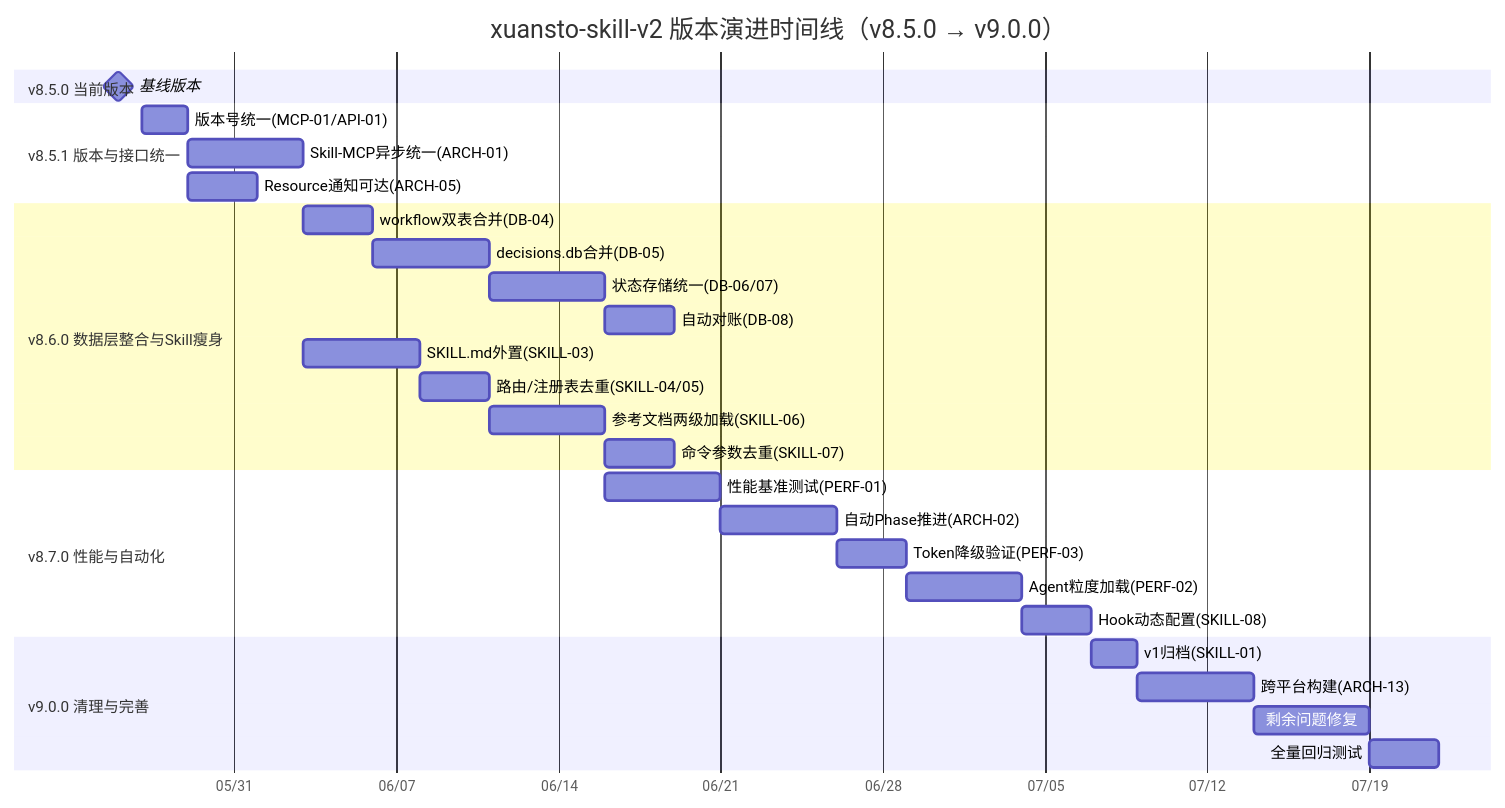
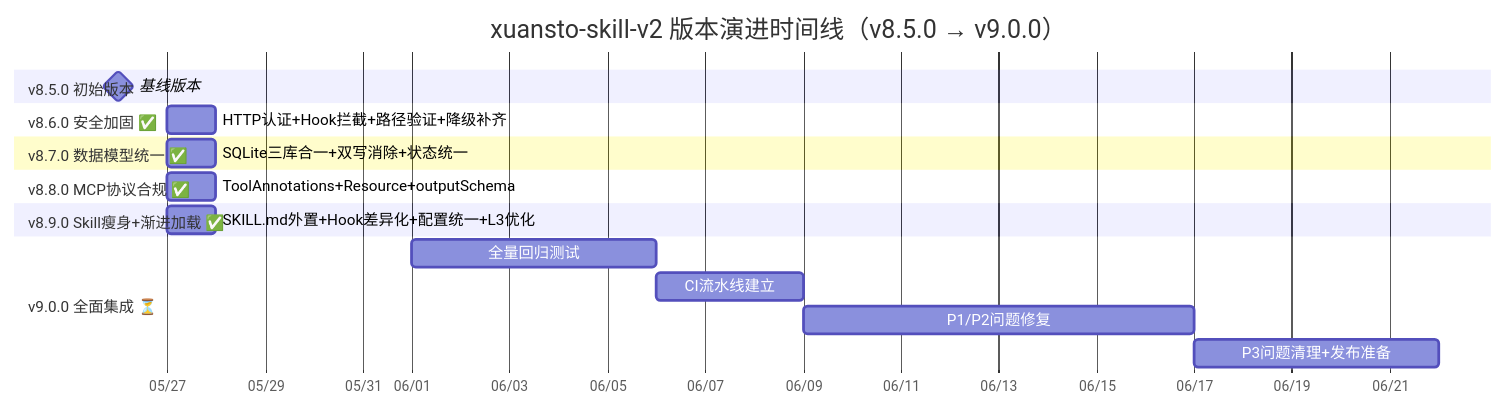
The first of 3 diagrams in docs/plan/v-l.md (xuanyuanchumo/xuansto), drawn with Mermaid before and after one commit. The commit also changed other lines of this file and 138 other files, not shown here.

````diff
--- a/docs/plan/v-l.md
+++ b/docs/plan/v-l.md
@@ -339,37 +411,27 @@
 ```mermaid
 gantt
     title xuansto-skill-v2 版本演进时间线（v8.5.0 → v9.0.0）
     dateFormat YYYY-MM-DD
     axisFormat %m/%d
 
-    section v8.5.0 当前版本
+    section v8.5.0 初始版本
     基线版本                           :milestone, m0, 2026-05-26, 0d
 
-    section v8.5.1 版本与接口统一
-    版本号统一(MCP-01/API-01)          :p1a, 2026-05-27, 2d
-    Skill-MCP异步统一(ARCH-01)         :p1b, after p1a, 5d
-    Resource通知可达(ARCH-05)           :p1c, after p1a, 3d
+    section v8.6.0 安全加固 ✅
+    HTTP认证+Hook拦截+路径验证+降级补齐  :p1, 2026-05-27, 1d
 
-    section v8.6.0 数据层整合与Skill瘦身
-    workflow双表合并(DB-04)             :p2a, after p1b, 3d
-    decisions.db合并(DB-05)             :p2b, after p2a, 5d
-    状态存储统一(DB-06/07)              :p2c, after p2b, 5d
-    自动对账(DB-08)                     :p2d, after p2c, 3d
-    SKILL.md外置(SKILL-03)              :p3a, after p1b, 5d
-    路由/注册表去重(SKILL-04/05)        :p3b, after p3a, 3d
-    参考文档两级加载(SKILL-06)           :p3c, after p3b, 5d
-    命令参数去重(SKILL-07)              :p3d, after p3c, 3d
+    section v8.7.0 数据模型统一 ✅
+    SQLite三库合一+双写消除+状态统一     :p2, 2026-05-27, 1d
 
-    section v8.7.0 性能与自动化
-    性能基准测试(PERF-01)               :p4a, after p3c, 5d
-    自动Phase推进(ARCH-02)              :p4b, after p4a, 5d
-    Token降级验证(PERF-03)              :p4c, after p4b, 3d
-    Agent粒度加载(PERF-02)              :p4d, after p4c, 5d
-    Hook动态配置(SKILL-08)              :p4e, after p4d, 3d
+    section v8.8.0 MCP协议合规 ✅
+    ToolAnnotations+Resource+outputSchema :p3, 2026-05-27, 1d
 
-    section v9.0.0 清理与完善
-    v1归档(SKILL-01)                    :p5a, after p4e, 2d
-    跨平台构建(ARCH-13)                 :p5b, after p5a, 5d
-    剩余问题修复                        :p5c, after p5b, 5d
-    全量回归测试                        :p5d, after p5c, 3d
+    section v8.9.0 Skill瘦身+渐进加载 ✅
+    SKILL.md外置+Hook差异化+配置统一+L3优化 :p4, 2026-05-27, 1d
+
+    section v9.0.0 全面集成 ⏳
+    全量回归测试                        :p5a, 2026-06-01, 5d
+    CI流水线建立                        :p5b, after p5a, 3d
+    P1/P2问题修复                       :p5c, after p5b, 8d
+    P3问题清理+发布准备                  :p5d, after p5c, 5d
 ```
````
